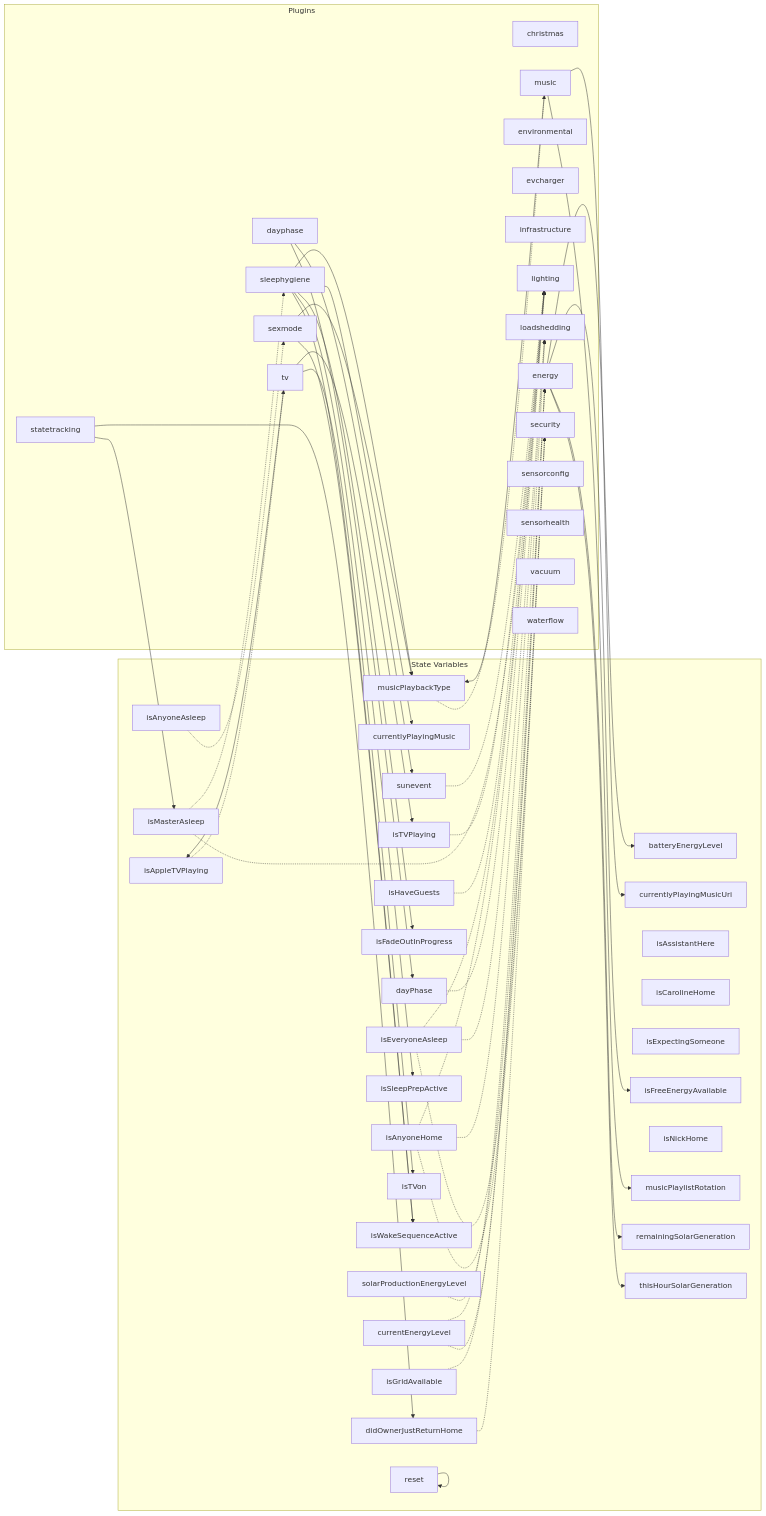
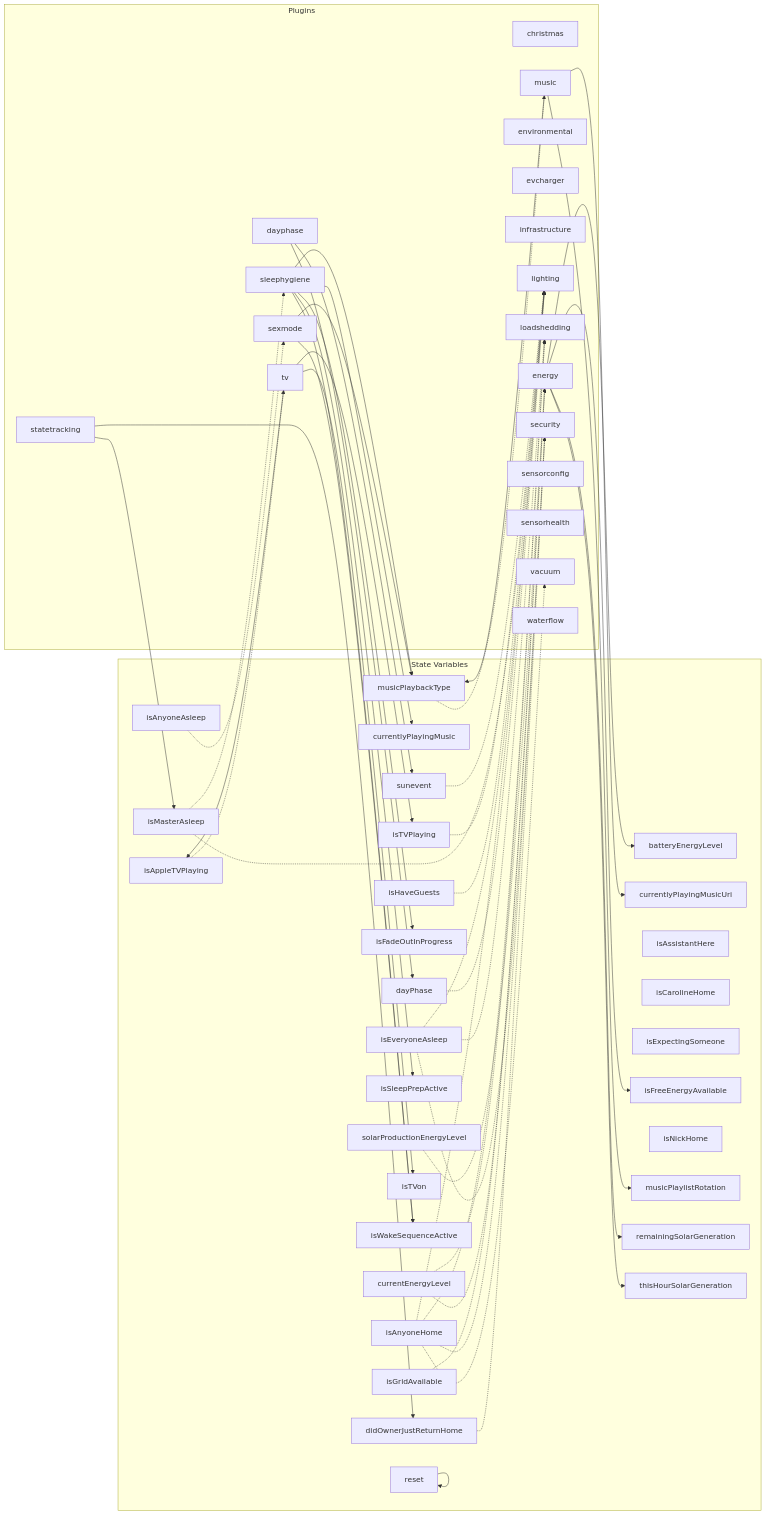
One commit to NickBorgers/home-automation changed the diagram in docs/generated/plugin-dependencies.md. Above: the diagram before and after it, drawn with Mermaid. The commit also changed 1 other file, not shown here.

Commit message:
docs: regenerate diagrams to reflect vacuum isAnyoneHome dependency
The vacuum plugin now reads isAnyoneHome to gate TTS announcements on
error clear. Update generated diagram files to reflect this new dependency.

```diff
--- a/docs/generated/plugin-dependencies.md
+++ b/docs/generated/plugin-dependencies.md
@@ -81,6 +81,7 @@
     isAnyoneAsleep -.-> sexmode
     isMasterAsleep -.-> sleephygiene
     isAppleTVPlaying -.-> tv
+    isAnyoneHome -.-> vacuum
 
     %% Writes (plugin sets variable)
     dayphase --> dayPhase
```
